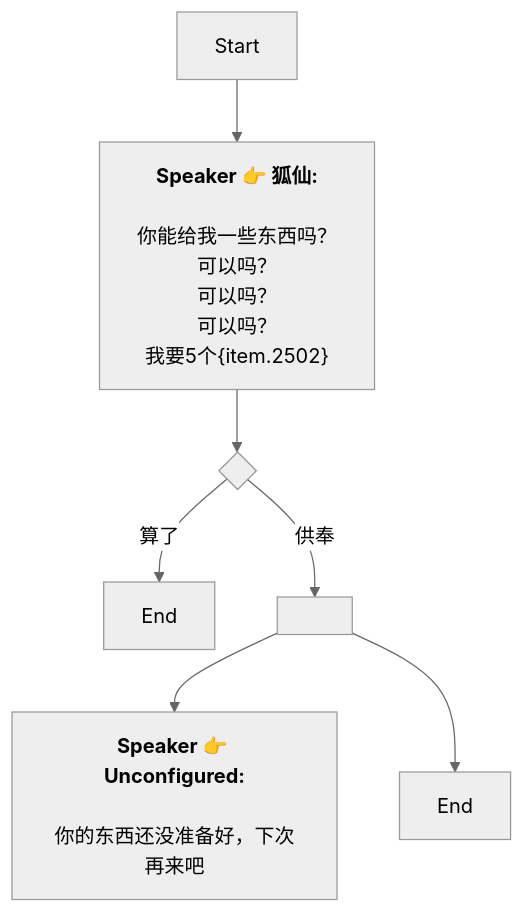
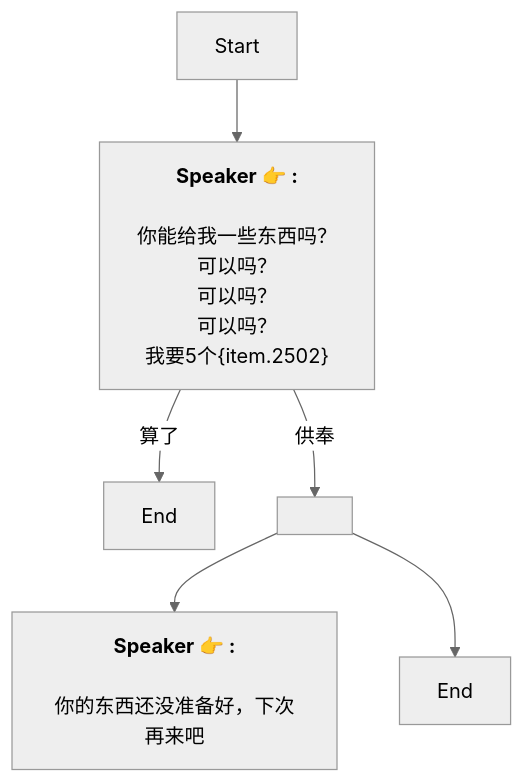
Before and after one commit to SoftHu/tos_avg: the diagram in Zh/Altar.md, drawn with Mermaid (neutral theme). The commit also changed 737 other files, not shown here.

````diff
--- a/Zh/Altar.md
+++ b/Zh/Altar.md
@@ -1,18 +1,11 @@
 ```mermaid
 graph
-Start -->1747217079082489[<b>Speaker 👉 狐仙:</b>
-
-你能给我一些东西吗？
-可以吗？
-可以吗？
-可以吗？
-我要5个&lbrace;item.2502&rbrace;]
-1747217079082489 -->1747217356832250{ }
-1747217356832250 -->|算了|1747217418224127[End]
-1747217356832250 -->|供奉|1747217426350592[ ]
-1747217426350592 -->1747217442807297[<b>Speaker 👉 Unconfigured:</b>
-
-你的东西还没准备好，下次再来吧]
+Start -->1747217079082489[<b>Speaker 👉 :</b>
+\n你能给我一些东西吗？\n可以吗？\n可以吗？\n可以吗？\n我要5个&lbrace;item.2502&rbrace;]
+1747217079082489 -->|算了|1747217418224127[End]
+1747217079082489 -->|供奉|1747217426350592[ ]
+1747217426350592 -->1747217442807297[<b>Speaker 👉 :</b>
+\n你的东西还没准备好，下次再来吧]
 1747217426350592 -->1747217504330242[End]
 
- ```
+```
````
